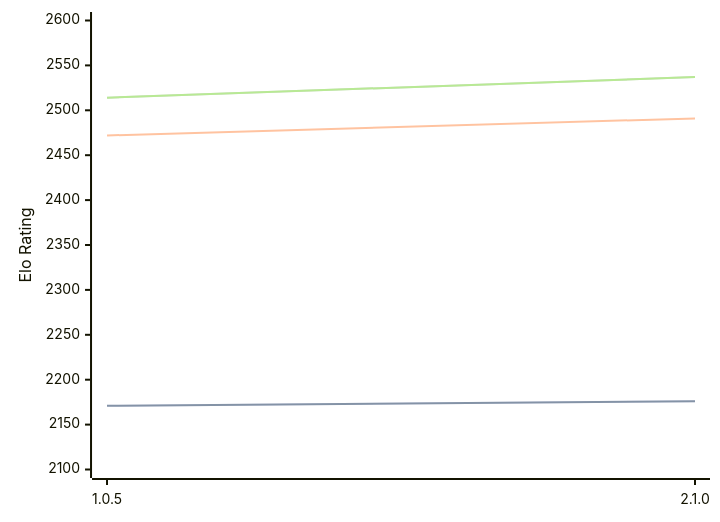
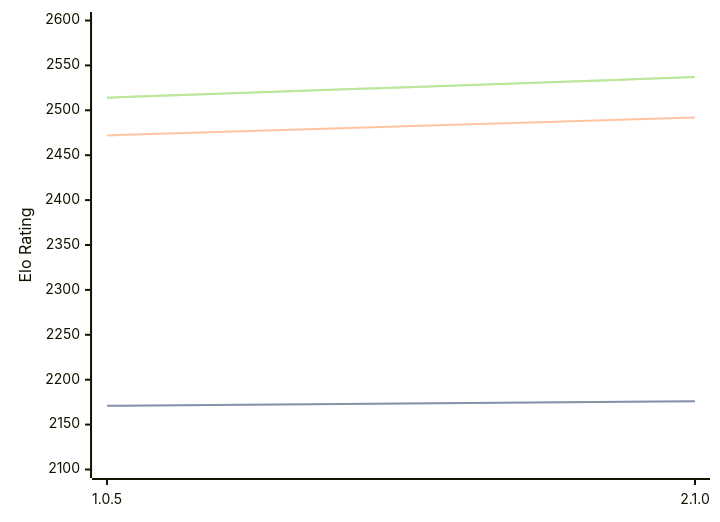
The diagram in engines/Ruffian.md (computer-chess-index/cci), drawn with Mermaid before and after one commit. The commit also changed other lines of this file, not shown here.

````diff
--- a/engines/Ruffian.md
+++ b/engines/Ruffian.md
@@ -32,11 +32,11 @@
 ```mermaid
 %%{init: {"theme":"base","themeVariables":{"seriesColors:['#a3a3a3','#222221','#faa371']}}}%%
 xychart-beta
   x-axis ["1.0.5", "2.1.0"]
   y-axis "Elo Rating" 2100 --> 2600
   line "STC (8.0+0.08s)" [2171, 2176]
   line "STC (8.0+0.08s)" [2171, 2176]
-  line "LTC (60.0+0.60s)" [2472, 2491]
+  line "LTC (60.0+0.60s)" [2472, 2492]
   line "VLTC (2m24s+1.12s)" [2514, 2537]
   line "VLTC (2m24s+1.12s)" [2514, 2537]
 ```
````
